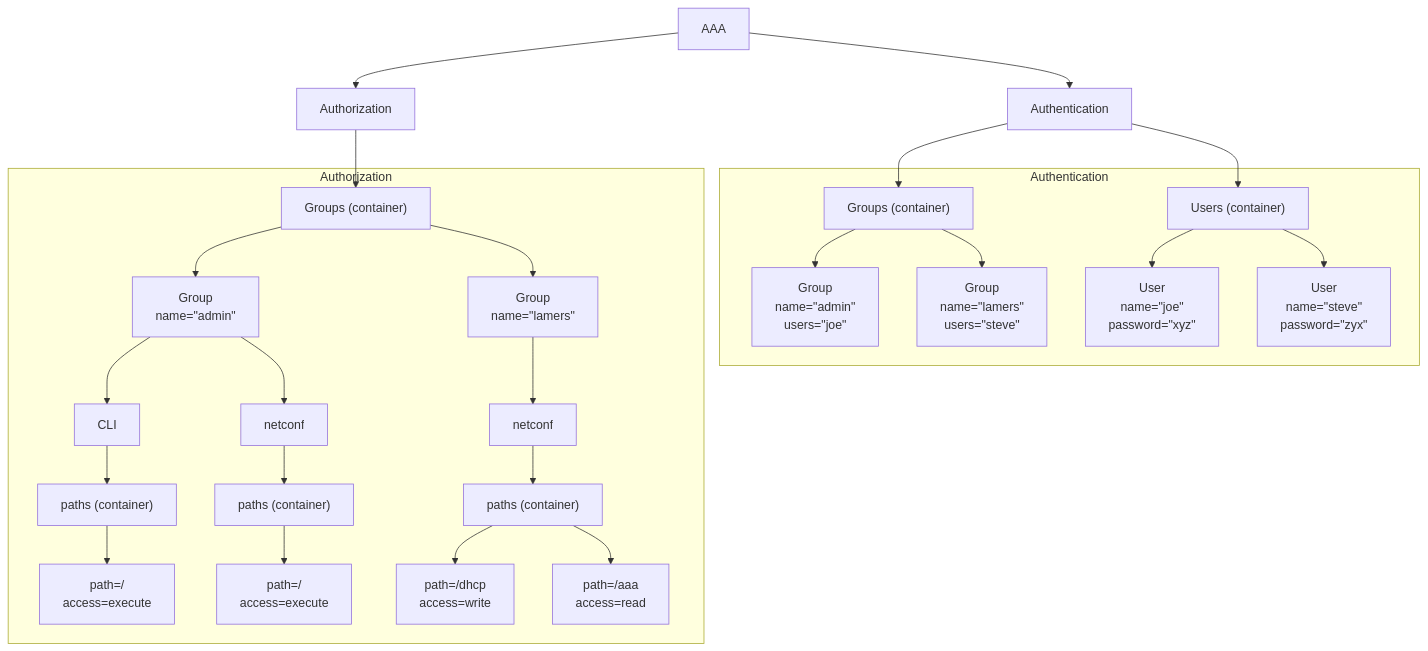
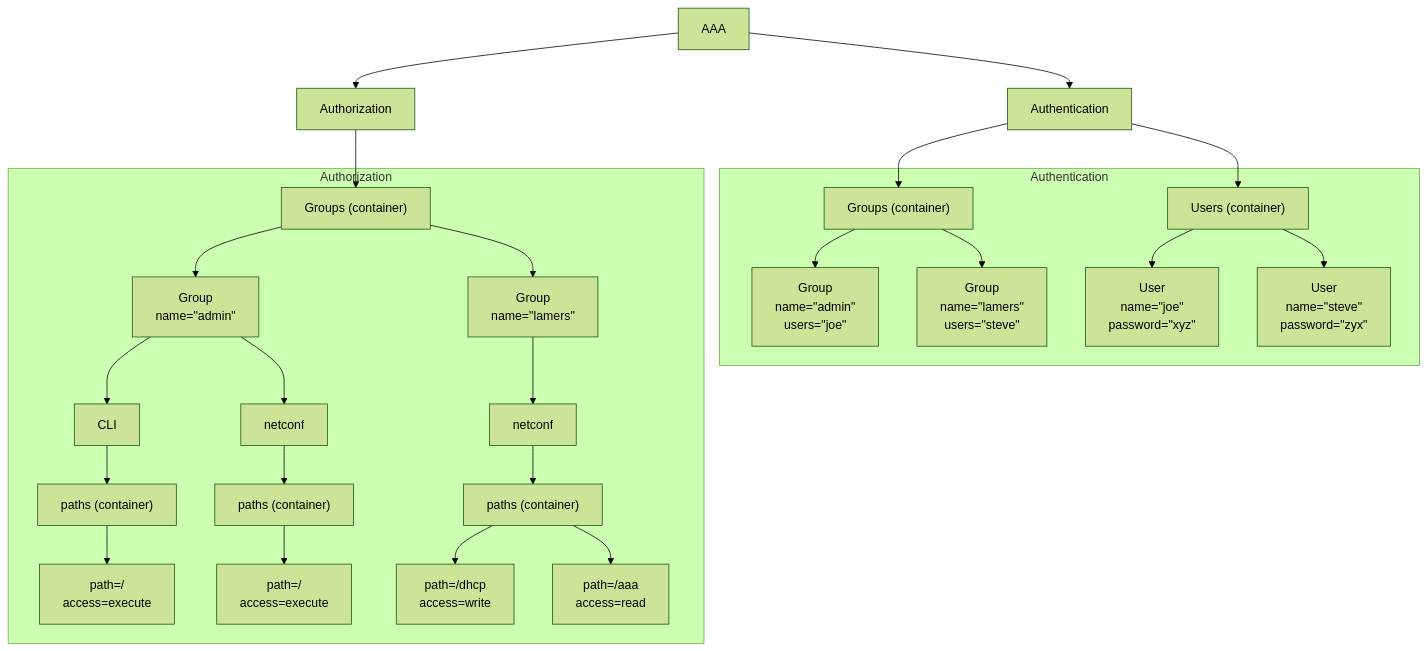
The diagram in getting-started/mermaid/README.md (fnchooft/fabcore-organzation), drawn with Mermaid before and after one commit.

Commit message:
[MERMAID] Theme in graph

````diff
--- a/getting-started/mermaid/README.md
+++ b/getting-started/mermaid/README.md
@@ -15,63 +15,64 @@
 ```mermaid
+%%{init: {'theme':'forest'}}%%
 graph TD
     AAA_Root["AAA"]
 
     %% Authentication Branch
     Node_AuthN["Authentication"]
     AAA_Root --> Node_AuthN
 
     subgraph S_Authentication [Authentication]
         Node_AuthN_GroupsContainer["Groups (container)"]
         Node_AuthN_GroupAdmin["Group<br/>name=&quot;admin&quot;<br/>users=&quot;joe&quot;"]
         Node_AuthN_GroupLamers["Group<br/>name=&quot;lamers&quot;<br/>users=&quot;steve&quot;"]
         Node_AuthN_UsersContainer["Users (container)"]
         Node_AuthN_UserJoe["User<br/>name=&quot;joe&quot;<br/>password=&quot;xyz&quot;"]
         Node_AuthN_UserSteve["User<br/>name=&quot;steve&quot;<br/>password=&quot;zyx&quot;"]
     end
     Node_AuthN --> Node_AuthN_GroupsContainer
     Node_AuthN_GroupsContainer --> Node_AuthN_GroupAdmin
     Node_AuthN_GroupsContainer --> Node_AuthN_GroupLamers
     Node_AuthN --> Node_AuthN_UsersContainer
     Node_AuthN_UsersContainer --> Node_AuthN_UserJoe
     Node_AuthN_UsersContainer --> Node_AuthN_UserSteve
 
     %% Authorization Branch
     Node_AuthZ["Authorization"]
     AAA_Root --> Node_AuthZ
 
     subgraph S_Authorization [Authorization]
         Node_AuthZ_GroupsContainer["Groups (container)"]
 
         Node_AuthZ_GroupAdmin["Group<br/>name=&quot;admin&quot;"]
         Node_AuthZ_Admin_CLI["CLI"]
         Node_AuthZ_Admin_CLI_PathsContainer["paths (container)"]
         Node_AuthZ_Admin_CLI_PathExecute["path=/ <br/>access=execute"]
 
         Node_AuthZ_Admin_Netconf["netconf"]
         Node_AuthZ_Admin_Netconf_PathsContainer["paths (container)"]
         Node_AuthZ_Admin_Netconf_PathExecute["path=/ <br/>access=execute"]
 
 
         Node_AuthZ_GroupLamers["Group<br/>name=&quot;lamers&quot;"]
         Node_AuthZ_Lamers_Netconf["netconf"]
         Node_AuthZ_Lamers_Netconf_PathsContainer["paths (container)"]
         Node_AuthZ_Lamers_Netconf_PathDhcpWrite["path=/dhcp <br/>access=write"]
         Node_AuthZ_Lamers_Netconf_PathAaaRead["path=/aaa <br/>access=read"]
     end
     Node_AuthZ --> Node_AuthZ_GroupsContainer
 
     Node_AuthZ_GroupsContainer --> Node_AuthZ_GroupAdmin
     Node_AuthZ_GroupAdmin --> Node_AuthZ_Admin_CLI
     Node_AuthZ_Admin_CLI --> Node_AuthZ_Admin_CLI_PathsContainer
     Node_AuthZ_Admin_CLI_PathsContainer --> Node_AuthZ_Admin_CLI_PathExecute
 
     Node_AuthZ_GroupAdmin --> Node_AuthZ_Admin_Netconf
     Node_AuthZ_Admin_Netconf --> Node_AuthZ_Admin_Netconf_PathsContainer
     Node_AuthZ_Admin_Netconf_PathsContainer --> Node_AuthZ_Admin_Netconf_PathExecute
 
     Node_AuthZ_GroupsContainer --> Node_AuthZ_GroupLamers
     Node_AuthZ_GroupLamers --> Node_AuthZ_Lamers_Netconf
     Node_AuthZ_Lamers_Netconf --> Node_AuthZ_Lamers_Netconf_PathsContainer
     Node_AuthZ_Lamers_Netconf_PathsContainer --> Node_AuthZ_Lamers_Netconf_PathDhcpWrite
     Node_AuthZ_Lamers_Netconf_PathsContainer --> Node_AuthZ_Lamers_Netconf_PathAaaRead
 ```
````
